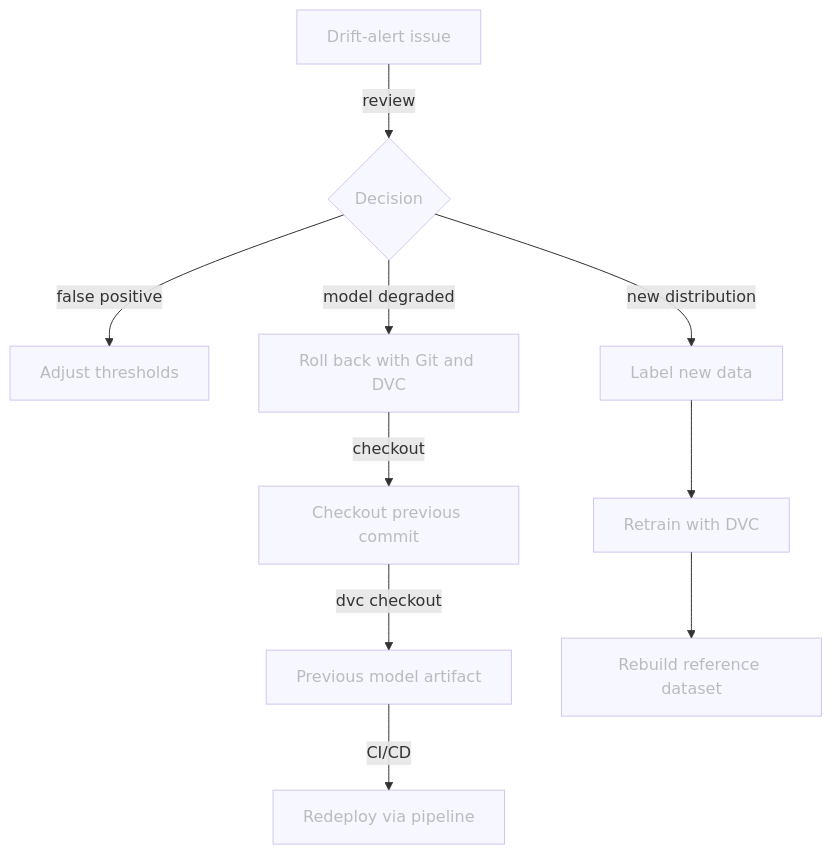
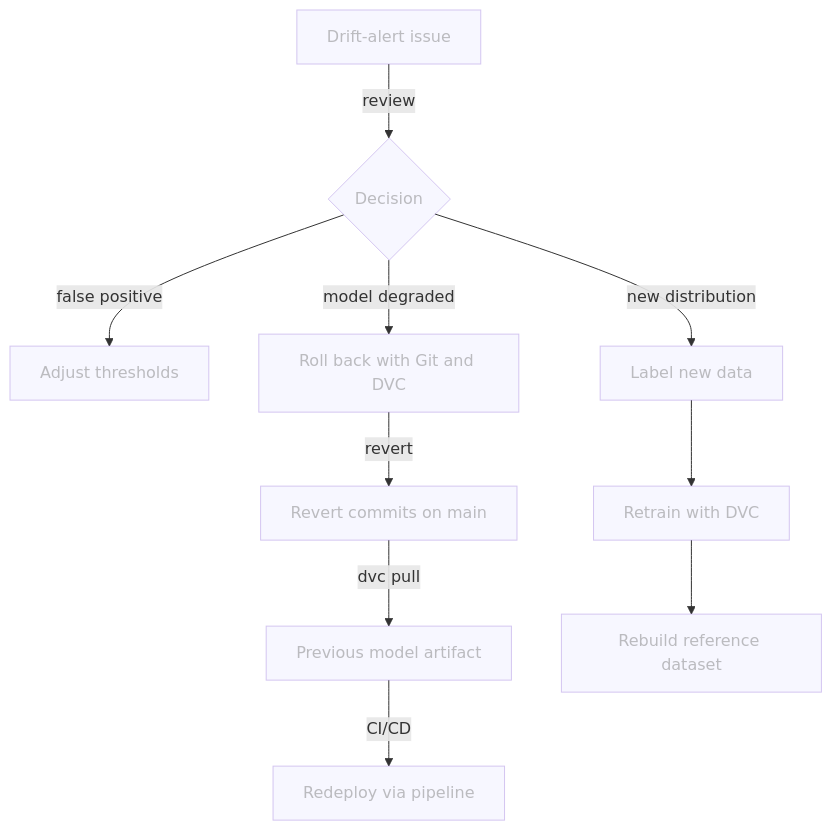
One commit to swiss-ai-center/a-guide-to-mlops changed the diagram in docs/part-4-monitor-and-maintain/chapter-45-review-drift-alerts-and-decide-on-action.md. Above: the diagram before and after it, drawn with Mermaid. The commit also changed other lines of this file, not shown here.

Commit message:
Keep revert as the sole canonical rollback strategy in chapter 4.5

````diff
--- a/docs/part-4-monitor-and-maintain/chapter-45-review-drift-alerts-and-decide-on-action.md
+++ b/docs/part-4-monitor-and-maintain/chapter-45-review-drift-alerts-and-decide-on-action.md
@@ -34,23 +34,23 @@
 ```mermaid
 flowchart TB
     issue[Drift-alert issue] -->|review| decision{Decision}
     decision -->|false positive| tune[Adjust thresholds]
     decision -->|model degraded| rollback[Roll back with Git and DVC]
-    rollback -->|checkout| git_rollback[Checkout previous commit]
-    git_rollback -->|dvc checkout| old_model[Previous model artifact]
+    rollback -->|revert| git_rollback[Revert commits on main]
+    git_rollback -->|dvc pull| old_model[Previous model artifact]
     old_model -->|CI/CD| redeploy[Redeploy via pipeline]
     decision -->|new distribution| label[Label new data]
     label --> retrain[Retrain with DVC]
     retrain --> new_reference[Rebuild reference dataset]
 
     style issue opacity:0.4,color:#7f7f7f80
     style decision opacity:0.4,color:#7f7f7f80
     style tune opacity:0.4,color:#7f7f7f80
     style rollback opacity:0.4,color:#7f7f7f80
     style git_rollback opacity:0.4,color:#7f7f7f80
     style old_model opacity:0.4,color:#7f7f7f80
     style redeploy opacity:0.4,color:#7f7f7f80
     style label opacity:0.4,color:#7f7f7f80
     style retrain opacity:0.4,color:#7f7f7f80
     style new_reference opacity:0.4,color:#7f7f7f80
 ```
````
